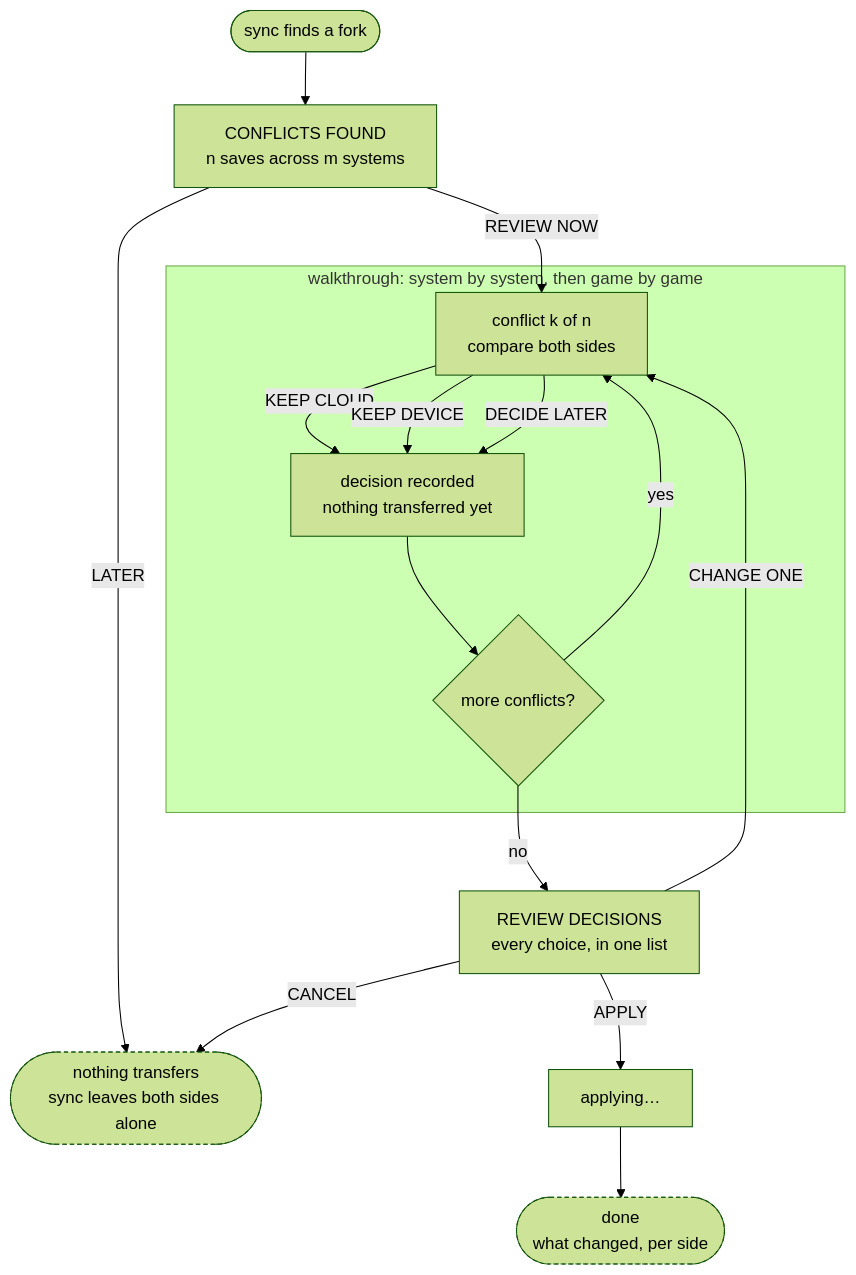
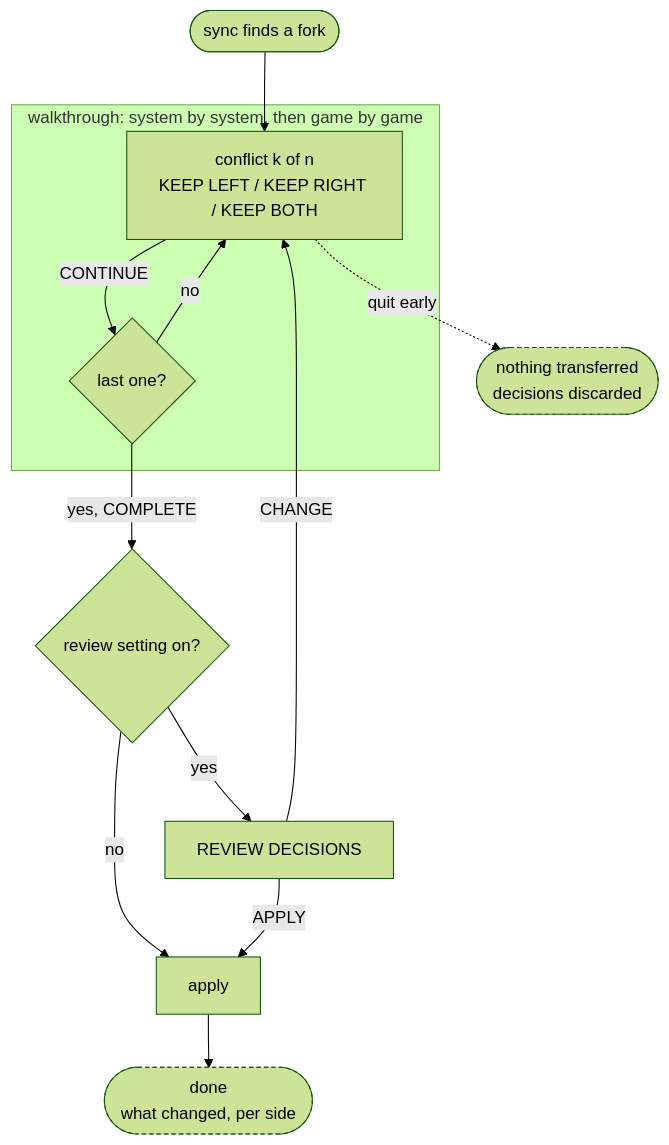
One commit to maxengel/rocknix changed the diagram in docs/conflict-wizard-ia.md. Above: the diagram before and after it, drawn with Mermaid (forest theme). The commit also changed other lines of this file, not shown here.

First line of the commit message:
docs: conflict wizard rev 2 - no entry screen, no summary, no defer

````diff
--- a/docs/conflict-wizard-ia.md
+++ b/docs/conflict-wizard-ia.md
@@ -30,26 +34,22 @@
 ```mermaid
 flowchart TD
-    SYNC([sync finds a fork]) --> ENTRY[CONFLICTS FOUND<br/>n saves across m systems]
-
-    ENTRY -->|REVIEW NOW| ITEM
-    ENTRY -->|LATER| DEFER([nothing transfers<br/>sync leaves both sides alone])
+    SYNC([sync finds a fork]) --> ITEM
 
     subgraph walk [walkthrough: system by system, then game by game]
-        ITEM[conflict k of n<br/>compare both sides]
-        ITEM -->|KEEP CLOUD| MARK
-        ITEM -->|KEEP DEVICE| MARK
-        ITEM -->|DECIDE LATER| MARK
-        MARK[decision recorded<br/>nothing transferred yet] --> MORE{more conflicts?}
-        MORE -->|yes| ITEM
+        ITEM[conflict k of n<br/>KEEP LEFT / KEEP RIGHT / KEEP BOTH]
+        ITEM -->|CONTINUE| MORE{last one?}
+        MORE -->|no| ITEM
     end
 
-    MORE -->|no| SUMMARY[REVIEW DECISIONS<br/>every choice, in one list]
-    SUMMARY -->|CHANGE ONE| ITEM
-    SUMMARY -->|APPLY| APPLY[applying…]
-    SUMMARY -->|CANCEL| DEFER
+    MORE -->|yes, COMPLETE| GATE{review setting on?}
+    GATE -->|no| APPLY[apply]
+    GATE -->|yes| REVIEW[REVIEW DECISIONS]
+    REVIEW -->|CHANGE| ITEM
+    REVIEW -->|APPLY| APPLY
 
     APPLY --> DONE([done<br/>what changed, per side])
+    ITEM -.quit early.-> UNTOUCHED([nothing transferred<br/>decisions discarded])
 
     classDef safe stroke-dasharray: 4 3
-    class DEFER,DONE safe
+    class UNTOUCHED,DONE safe
 ```
````
